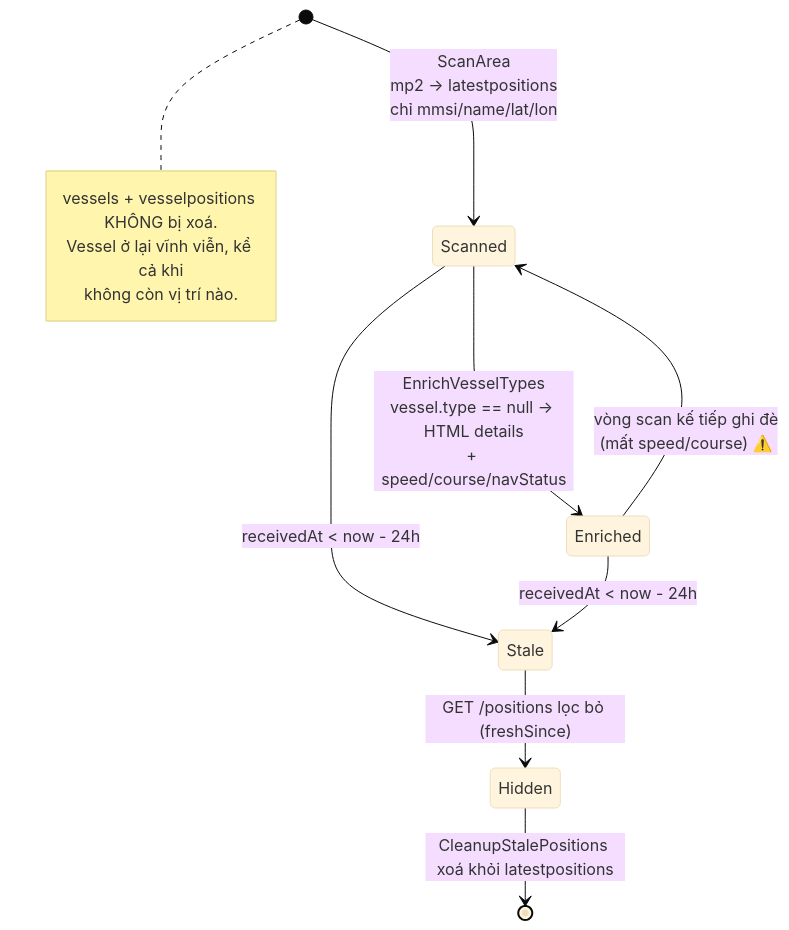
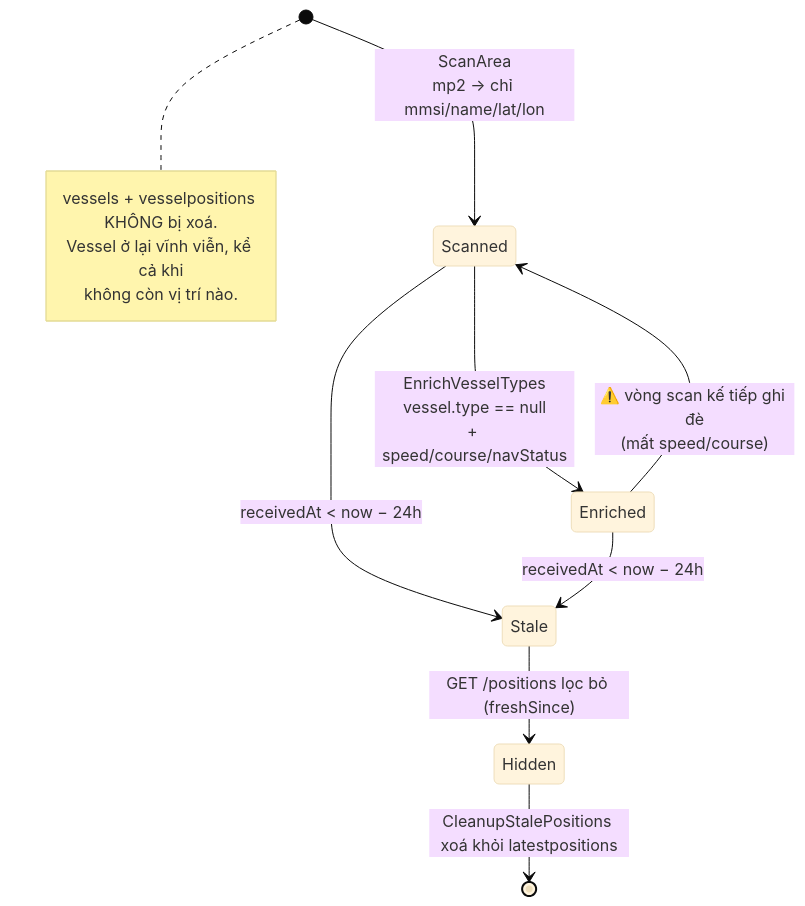
Before and after one commit to vgduchieu0602/soosky-bot-marine: the eighth of 14 diagrams in docs/CURRENT_DATA_FLOW.md, drawn with Mermaid (base theme). The commit also changed other lines of this file and 3 other files, not shown here.

````diff
--- a/docs/CURRENT_DATA_FLOW.md
+++ b/docs/CURRENT_DATA_FLOW.md
@@ -131,15 +226,16 @@
 ```mermaid
 stateDiagram-v2
-  [*] --> Scanned: ScanArea<br/>mp2 -> latestpositions<br/>chỉ mmsi/name/lat/lon
-  Scanned --> Enriched: EnrichVesselTypes<br/>vessel.type == null -> HTML details<br/>+ speed/course/navStatus
-  Enriched --> Scanned: vòng scan kế tiếp ghi đè<br/>(mất speed/course) ⚠️
-  Scanned --> Stale: receivedAt < now - 24h
-  Enriched --> Stale: receivedAt < now - 24h
+  [*] --> Scanned: ScanArea<br/>mp2 → chỉ mmsi/name/lat/lon
+  Scanned --> Enriched: EnrichVesselTypes<br/>vessel.type == null<br/>+ speed/course/navStatus
+  Enriched --> Scanned: ⚠️ vòng scan kế tiếp ghi đè<br/>(mất speed/course)
+  Scanned --> Stale: receivedAt < now − 24h
+  Enriched --> Stale: receivedAt < now − 24h
   Stale --> Hidden: GET /positions lọc bỏ (freshSince)
   Hidden --> [*]: CleanupStalePositions xoá khỏi latestpositions
+
   note right of [*]
     vessels + vesselpositions KHÔNG bị xoá.
     Vessel ở lại vĩnh viễn, kể cả khi
     không còn vị trí nào.
   end note
 ```
````
